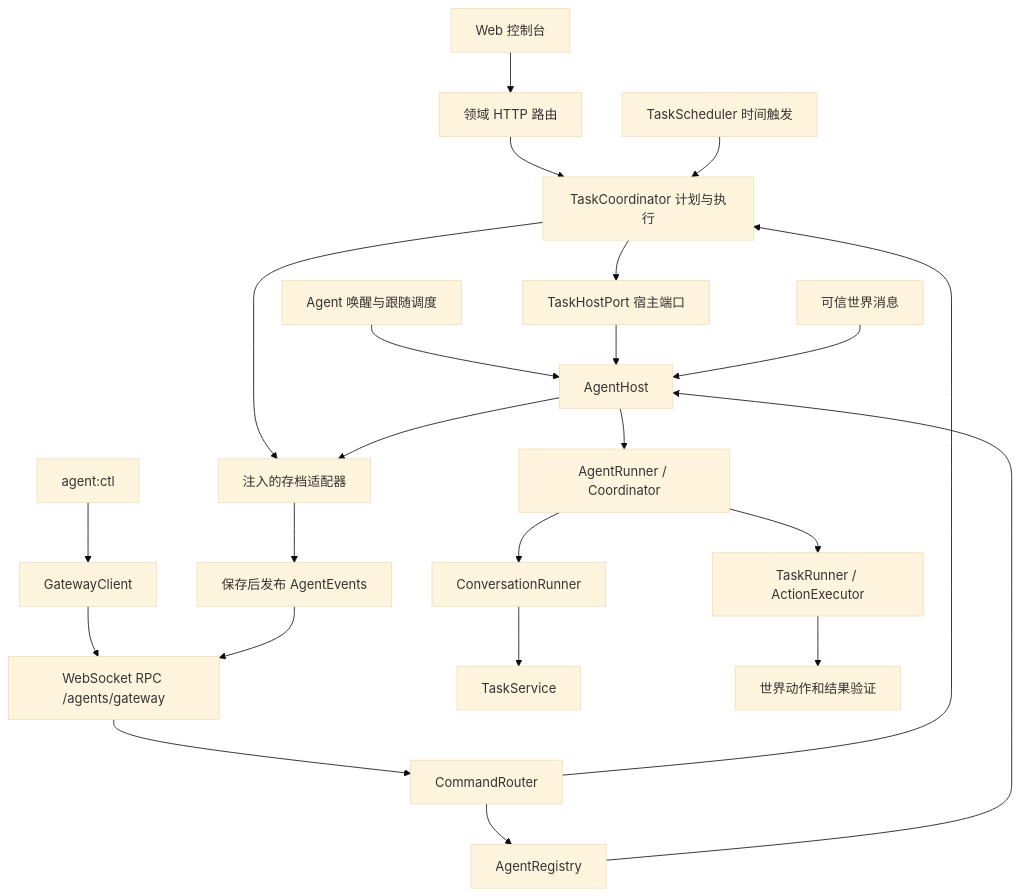
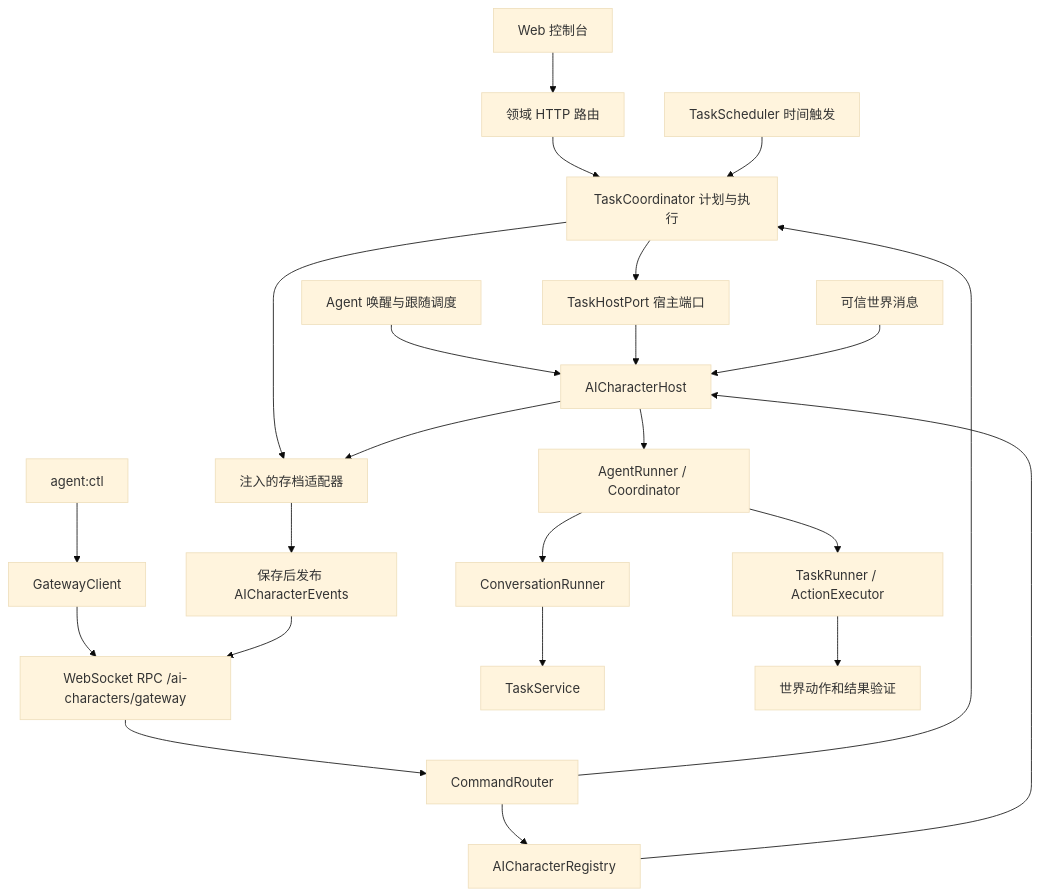
Before and after one commit to lulabs-org/agent-voxel-world: the diagram in docs/AGENT_GATEWAY.md, drawn with Mermaid (base theme). The commit also changed other lines of this file and 115 other files, not shown here.

````diff
--- a/docs/AGENT_GATEWAY.md
+++ b/docs/AGENT_GATEWAY.md
@@ -5,25 +5,25 @@
 ```mermaid
 flowchart TD
   Web[Web 控制台] --> HTTP[领域 HTTP 路由]
   CLI[agent:ctl] --> Client[GatewayClient]
-  Client --> RPC[WebSocket RPC /agents/gateway]
+  Client --> RPC[WebSocket RPC /ai-characters/gateway]
   HTTP --> Plans
   RPC --> Router[CommandRouter]
-  Router --> Registry[AgentRegistry]
-  Scheduler[Agent 唤醒与跟随调度] --> Host[AgentHost]
+  Router --> Registry[AICharacterRegistry]
+  Scheduler[Agent 唤醒与跟随调度] --> Host[AICharacterHost]
   Router --> Plans[TaskCoordinator 计划与执行]
   Plans --> Port[TaskHostPort 宿主端口]
   Port --> Host
   Timer[TaskScheduler 时间触发] --> Plans
   Plans --> Archive
   Registry --> Host
   Host --> Runner[AgentRunner / Coordinator]
   Player[可信世界消息] --> Host
   Runner --> Conversation[ConversationRunner]
   Runner --> Task[TaskRunner / ActionExecutor]
   Conversation --> Rules[TaskService]
   Task --> World[世界动作和结果验证]
   Host --> Archive[注入的存档适配器]
-  Archive --> Events[保存后发布 AgentEvents]
+  Archive --> Events[保存后发布 AICharacterEvents]
   Events --> RPC
 ```
````
